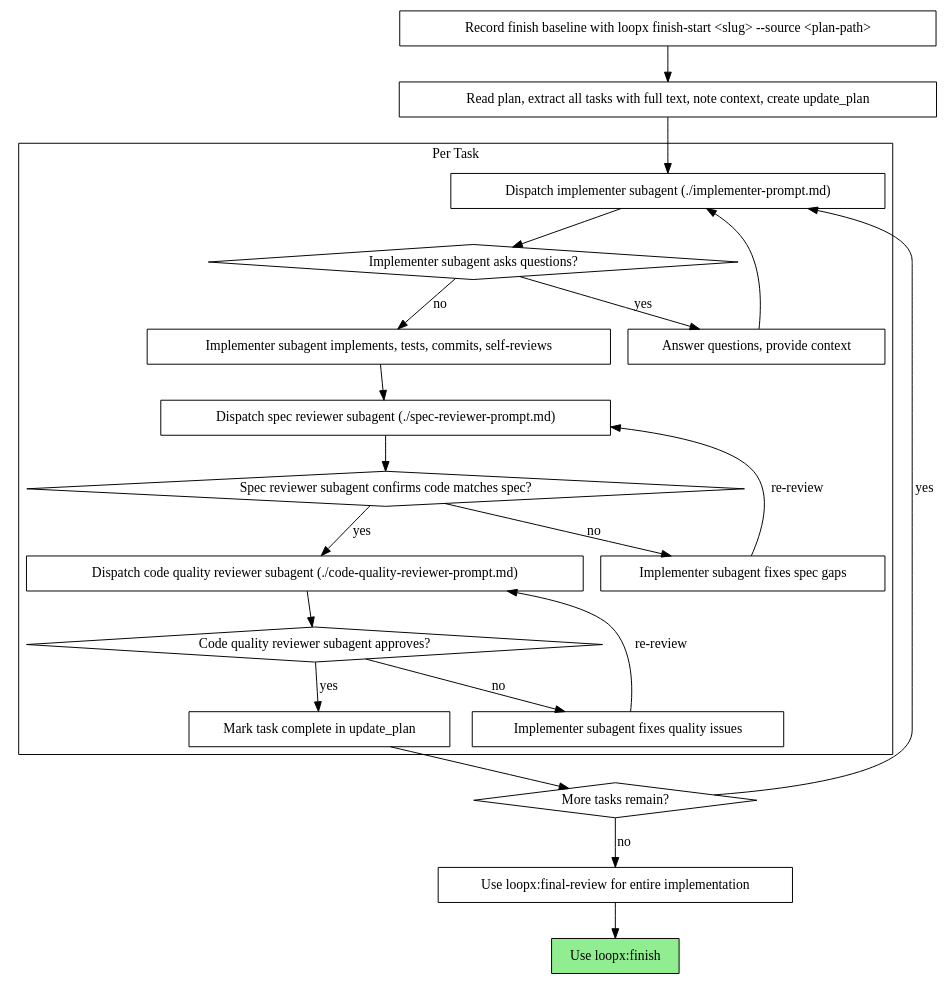
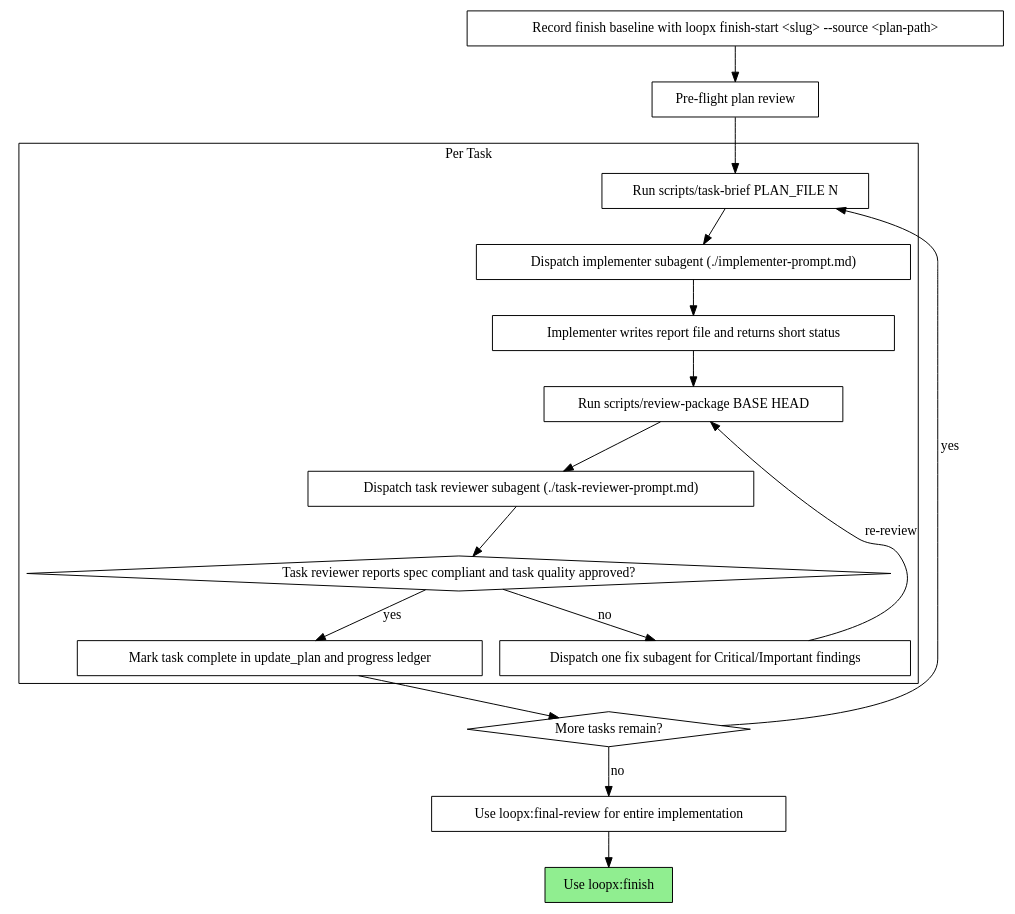
Before and after one commit to hugh-zhan9/loopx: the diagram in plugins/loopx/skills/subagent-exec/SKILL.md, drawn with Graphviz. The commit also changed other lines of this file and 28 other files, not shown here.

Commit message:
Update subagent exec combined task review

````diff
--- a/plugins/loopx/skills/subagent-exec/SKILL.md
+++ b/plugins/loopx/skills/subagent-exec/SKILL.md
@@ -47,46 +35,38 @@
 ```dot
 digraph process {
     rankdir=TB;
 
     subgraph cluster_per_task {
         label="Per Task";
+        "Run scripts/task-brief PLAN_FILE N" [shape=box];
         "Dispatch implementer subagent (./implementer-prompt.md)" [shape=box];
-        "Implementer subagent asks questions?" [shape=diamond];
-        "Answer questions, provide context" [shape=box];
-        "Implementer subagent implements, tests, commits, self-reviews" [shape=box];
-        "Dispatch spec reviewer subagent (./spec-reviewer-prompt.md)" [shape=box];
-        "Spec reviewer subagent confirms code matches spec?" [shape=diamond];
-        "Implementer subagent fixes spec gaps" [shape=box];
-        "Dispatch code quality reviewer subagent (./code-quality-reviewer-prompt.md)" [shape=box];
-        "Code quality reviewer subagent approves?" [shape=diamond];
-        "Implementer subagent fixes quality issues" [shape=box];
-        "Mark task complete in update_plan" [shape=box];
+        "Implementer writes report file and returns short status" [shape=box];
+        "Run scripts/review-package BASE HEAD" [shape=box];
+        "Dispatch task reviewer subagent (./task-reviewer-prompt.md)" [shape=box];
+        "Task reviewer reports spec compliant and task quality approved?" [shape=diamond];
+        "Dispatch one fix subagent for Critical/Important findings" [shape=box];
+        "Mark task complete in update_plan and progress ledger" [shape=box];
     }
 
     "Record finish baseline with loopx finish-start <slug> --source <plan-path>" [shape=box];
-    "Read plan, extract all tasks with full text, note context, create update_plan" [shape=box];
+    "Pre-flight plan review" [shape=box];
     "More tasks remain?" [shape=diamond];
     "Use loopx:final-review for entire implementation" [shape=box];
     "Use loopx:finish" [shape=box style=filled fillcolor=lightgreen];
 
-    "Record finish baseline with loopx finish-start <slug> --source <plan-path>" -> "Read plan, extract all tasks with full text, note context, create update_plan";
-    "Read plan, extract all tasks with full text, note context, create update_plan" -> "Dispatch implementer subagent (./implementer-prompt.md)";
-    "Dispatch implementer subagent (./implementer-prompt.md)" -> "Implementer subagent asks questions?";
-    "Implementer subagent asks questions?" -> "Answer questions, provide context" [label="yes"];
-    "Answer questions, provide context" -> "Dispatch implementer subagent (./implementer-prompt.md)";
-    "Implementer subagent asks questions?" -> "Implementer subagent implements, tests, commits, self-reviews" [label="no"];
-    "Implementer subagent implements, tests, commits, self-reviews" -> "Dispatch spec reviewer subagent (./spec-reviewer-prompt.md)";
-    "Dispatch spec reviewer subagent (./spec-reviewer-prompt.md)" -> "Spec reviewer subagent confirms code matches spec?";
-    "Spec reviewer subagent confirms code matches spec?" -> "Implementer subagent fixes spec gaps" [label="no"];
-    "Implementer subagent fixes spec gaps" -> "Dispatch spec reviewer subagent (./spec-reviewer-prompt.md)" [label="re-review"];
-    "Spec reviewer subagent confirms code matches spec?" -> "Dispatch code quality reviewer subagent (./code-quality-reviewer-prompt.md)" [label="yes"];
-    "Dispatch code quality reviewer subagent (./code-quality-reviewer-prompt.md)" -> "Code quality reviewer subagent approves?";
-    "Code quality reviewer subagent approves?" -> "Implementer subagent fixes quality issues" [label="no"];
-    "Implementer subagent fixes quality issues" -> "Dispatch code quality reviewer subagent (./code-quality-reviewer-prompt.md)" [label="re-review"];
-    "Code quality reviewer subagent approves?" -> "Mark task complete in update_plan" [label="yes"];
-    "Mark task complete in update_plan" -> "More tasks remain?";
-    "More tasks remain?" -> "Dispatch implementer subagent (./implementer-prompt.md)" [label="yes"];
+    "Record finish baseline with loopx finish-start <slug> --source <plan-path>" -> "Pre-flight plan review";
+    "Pre-flight plan review" -> "Run scripts/task-brief PLAN_FILE N";
+    "Run scripts/task-brief PLAN_FILE N" -> "Dispatch implementer subagent (./implementer-prompt.md)";
+    "Dispatch implementer subagent (./implementer-prompt.md)" -> "Implementer writes report file and returns short status";
+    "Implementer writes report file and returns short status" -> "Run scripts/review-package BASE HEAD";
+    "Run scripts/review-package BASE HEAD" -> "Dispatch task reviewer subagent (./task-reviewer-prompt.md)";
+    "Dispatch task reviewer subagent (./task-reviewer-prompt.md)" -> "Task reviewer reports spec compliant and task quality approved?";
+    "Task reviewer reports spec compliant and task quality approved?" -> "Dispatch one fix subagent for Critical/Important findings" [label="no"];
+    "Dispatch one fix subagent for Critical/Important findings" -> "Run scripts/review-package BASE HEAD" [label="re-review"];
+    "Task reviewer reports spec compliant and task quality approved?" -> "Mark task complete in update_plan and progress ledger" [label="yes"];
+    "Mark task complete in update_plan and progress ledger" -> "More tasks remain?";
+    "More tasks remain?" -> "Run scripts/task-brief PLAN_FILE N" [label="yes"];
     "More tasks remain?" -> "Use loopx:final-review for entire implementation" [label="no"];
     "Use loopx:final-review for entire implementation" -> "Use loopx:finish";
 }
 ```
````
